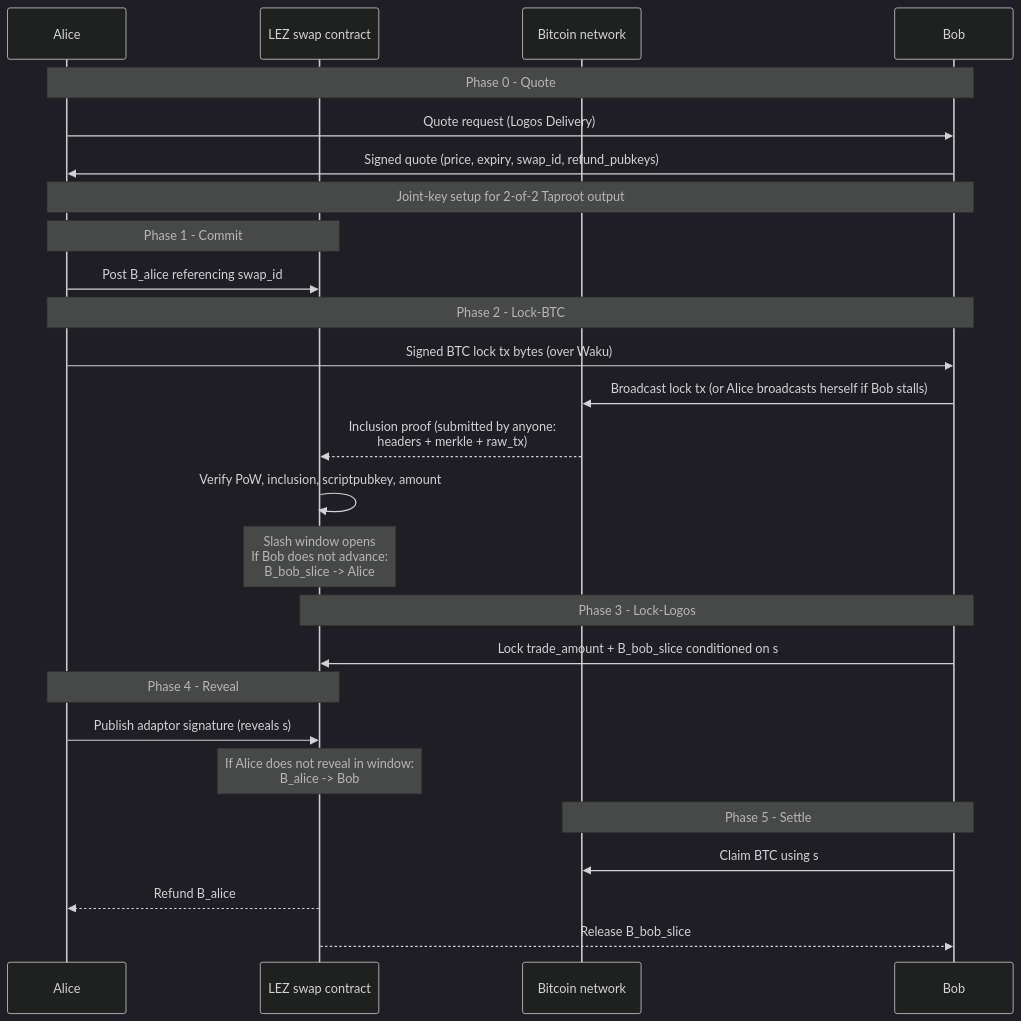
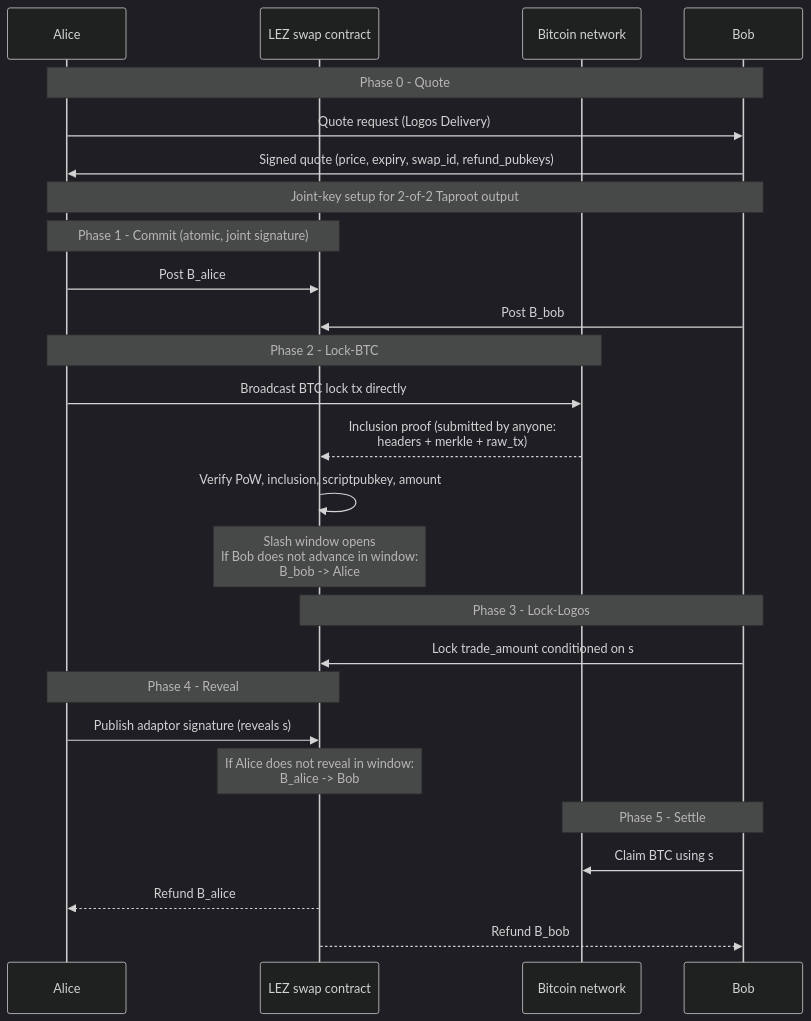
One commit to logos-co/rfp changed the diagram in RFPs/RFP-022-bonded-atomic-swaps.md. Above: the diagram before and after it, drawn with Mermaid (dark theme). The commit also changed other lines of this file and 6 other files, not shown here.

````diff
--- a/RFPs/RFP-022-bonded-atomic-swaps.md
+++ b/RFPs/RFP-022-bonded-atomic-swaps.md
@@ -39,34 +113,34 @@
 ```mermaid
 sequenceDiagram
     participant Alice
     participant LEZ as LEZ swap contract
     participant BTC as Bitcoin network
     participant Bob
 
     Note over Alice,Bob: Phase 0 - Quote
     Alice->>Bob: Quote request (Logos Delivery)
     Bob->>Alice: Signed quote (price, expiry, swap_id, refund_pubkeys)
     Note over Alice,Bob: Joint-key setup for 2-of-2 Taproot output
 
-    Note over Alice,LEZ: Phase 1 - Commit
-    Alice->>LEZ: Post B_alice referencing swap_id
+    Note over Alice,LEZ: Phase 1 - Commit (atomic, joint signature)
+    Alice->>LEZ: Post B_alice
+    Bob->>LEZ: Post B_bob
 
-    Note over Alice,Bob: Phase 2 - Lock-BTC
-    Alice->>Bob: Signed BTC lock tx bytes (over Waku)
-    Bob->>BTC: Broadcast lock tx (or Alice broadcasts herself if Bob stalls)
+    Note over Alice,BTC: Phase 2 - Lock-BTC
+    Alice->>BTC: Broadcast BTC lock tx directly
     BTC-->>LEZ: Inclusion proof (submitted by anyone:<br/>headers + merkle + raw_tx)
     LEZ->>LEZ: Verify PoW, inclusion, scriptpubkey, amount
-    Note over LEZ: Slash window opens<br/>If Bob does not advance:<br/>B_bob_slice -> Alice
+    Note over LEZ: Slash window opens<br/>If Bob does not advance in window:<br/>B_bob -> Alice
 
     Note over LEZ,Bob: Phase 3 - Lock-Logos
-    Bob->>LEZ: Lock trade_amount + B_bob_slice conditioned on s
+    Bob->>LEZ: Lock trade_amount conditioned on s
 
     Note over Alice,LEZ: Phase 4 - Reveal
     Alice->>LEZ: Publish adaptor signature (reveals s)
     Note over LEZ: If Alice does not reveal in window:<br/>B_alice -> Bob
 
     Note over Bob,BTC: Phase 5 - Settle
     Bob->>BTC: Claim BTC using s
     LEZ-->>Alice: Refund B_alice
-    LEZ-->>Bob: Release B_bob_slice
+    LEZ-->>Bob: Refund B_bob
 ```
````
